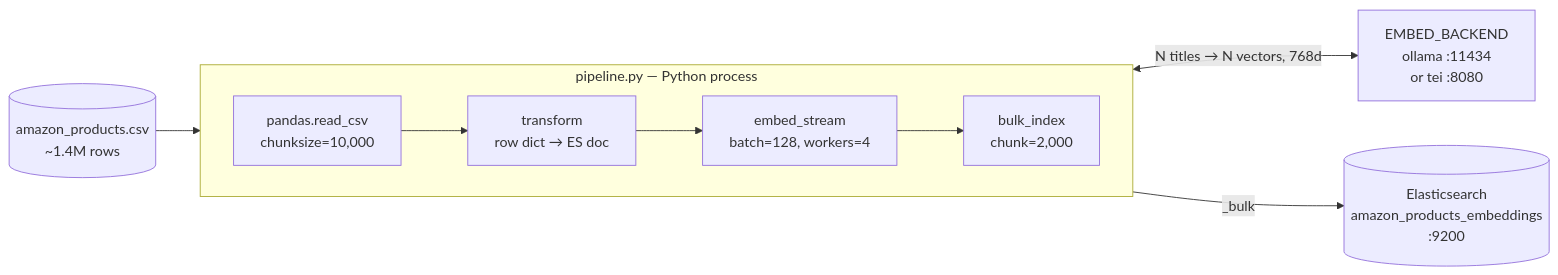
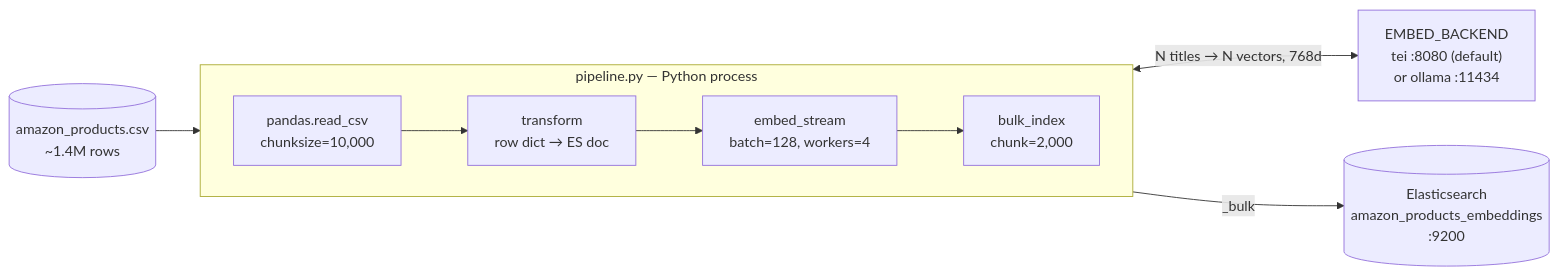
The first of 2 diagrams in article-02-vector-ingestion/README.md (Guillaume-Gozillon/search-lab-ingest), drawn with Mermaid before and after one commit. The commit also changed other lines of this file and 9 other files, not shown here.

First line of the commit message:
Make TEI the default engine, move Ollama behind a profile

````diff
--- a/article-02-vector-ingestion/README.md
+++ b/article-02-vector-ingestion/README.md
@@ -13,18 +13,18 @@
 ```mermaid
 flowchart LR
     CSV[("amazon_products.csv<br/>~1.4M rows")]
     subgraph PY["pipeline.py — Python process"]
         direction LR
         READ["pandas.read_csv<br/>chunksize=10,000"]
         TRANSFORM["transform<br/>row dict → ES doc"]
         EMBED["embed_stream<br/>batch=128, workers=4"]
         BULK["bulk_index<br/>chunk=2,000"]
         READ --> TRANSFORM --> EMBED --> BULK
     end
-    BACKEND["EMBED_BACKEND<br/>ollama :11434<br/>or tei :8080"]
+    BACKEND["EMBED_BACKEND<br/>tei :8080 (default)<br/>or ollama :11434"]
     ES[("Elasticsearch<br/>amazon_products_embeddings<br/>:9200")]
 
     CSV --> READ
     EMBED <-->|"N titles → N vectors, 768d"| BACKEND
     BULK -->|"_bulk"| ES
 ```
````
